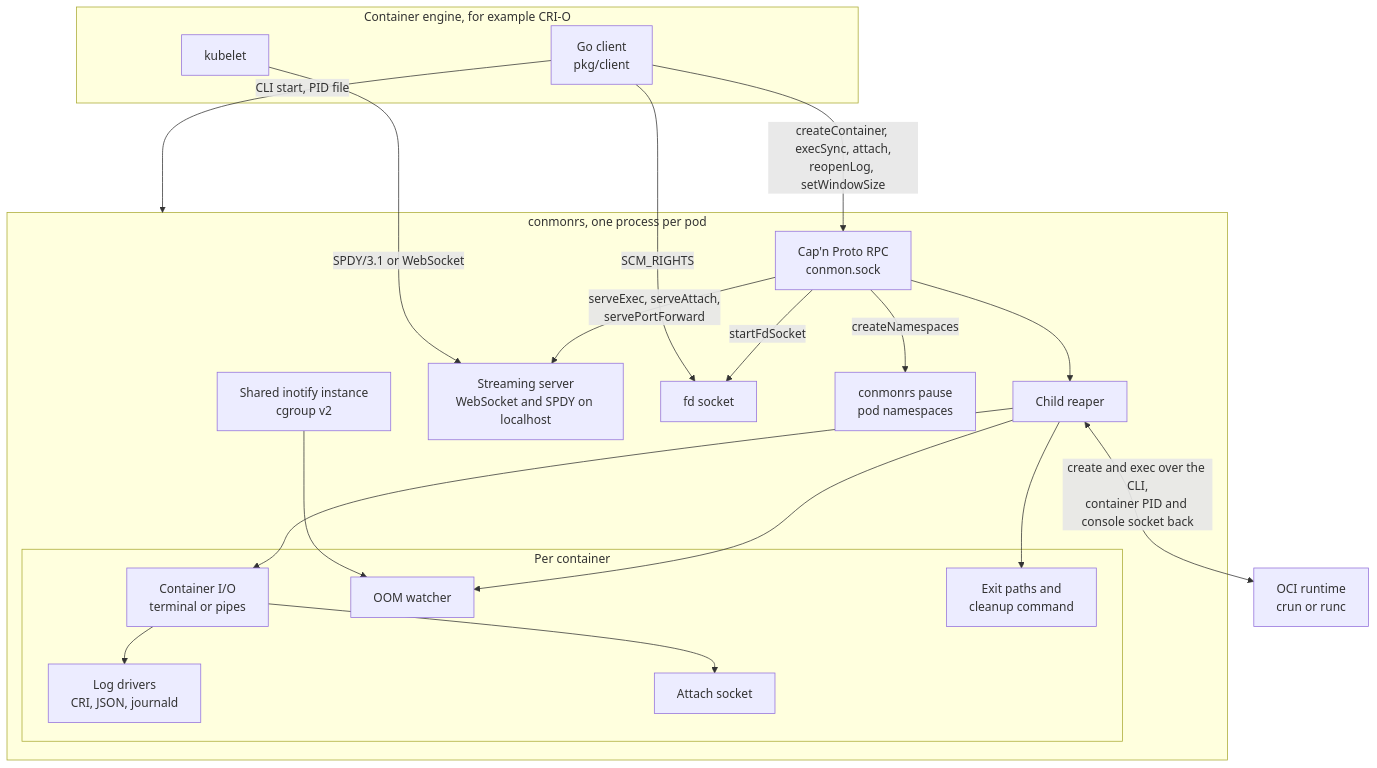
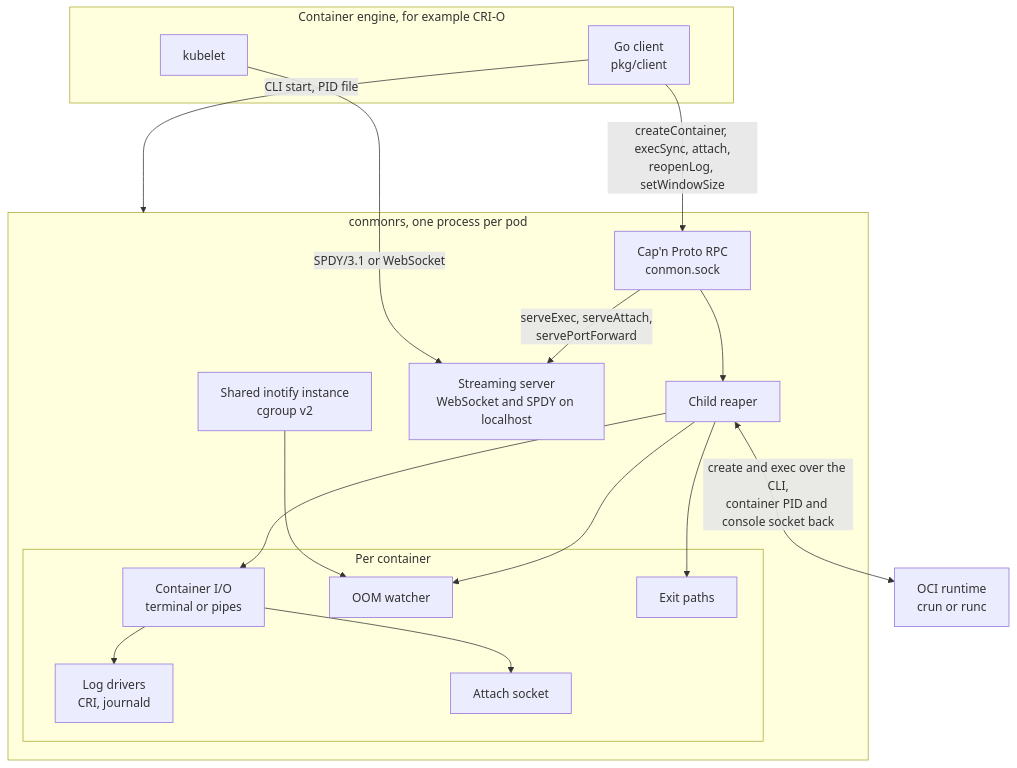
The diagram in docs/architecture.md (containers/conmon-rs), drawn with Mermaid before and after one commit. The commit also changed other lines of this file and 101 other files, not shown here.

````diff
--- a/docs/architecture.md
+++ b/docs/architecture.md
@@ -66,41 +56,36 @@
 ```mermaid
 flowchart TB
     subgraph engine["Container engine, for example CRI-O"]
         client["Go client<br/>pkg/client"]
         kubelet["kubelet"]
     end
 
     subgraph server["conmonrs, one process per pod"]
         rpc["Cap'n Proto RPC<br/>conmon.sock"]
         reaper["Child reaper"]
         subgraph percontainer["Per container"]
             io["Container I/O<br/>terminal or pipes"]
-            logs["Log drivers<br/>CRI, JSON, journald"]
+            logs["Log drivers<br/>CRI, journald"]
             attachsock["Attach socket"]
             oom["OOM watcher"]
-            exitpaths["Exit paths and<br/>cleanup command"]
+            exitpaths["Exit paths"]
         end
         inotify["Shared inotify instance<br/>cgroup v2"]
         streaming["Streaming server<br/>WebSocket and SPDY on localhost"]
-        fdsock["fd socket"]
-        pause["conmonrs pause<br/>pod namespaces"]
     end
 
     runtime["OCI runtime<br/>crun or runc"]
 
     client -- "CLI start, PID file" --> server
     client -- "createContainer, execSync, attach,<br/>reopenLog, setWindowSize" --> rpc
     rpc --> reaper
     reaper <-- "create and exec over the CLI,<br/>container PID and console socket back" --> runtime
     reaper --> io
     io --> logs
     io --> attachsock
     reaper --> oom
     inotify --> oom
     reaper --> exitpaths
     rpc -- "serveExec, serveAttach,<br/>servePortForward" --> streaming
     kubelet -- "SPDY/3.1 or WebSocket" --> streaming
-    rpc -- "startFdSocket" --> fdsock
-    client -- "SCM_RIGHTS" --> fdsock
-    rpc -- "createNamespaces" --> pause
 ```
````
